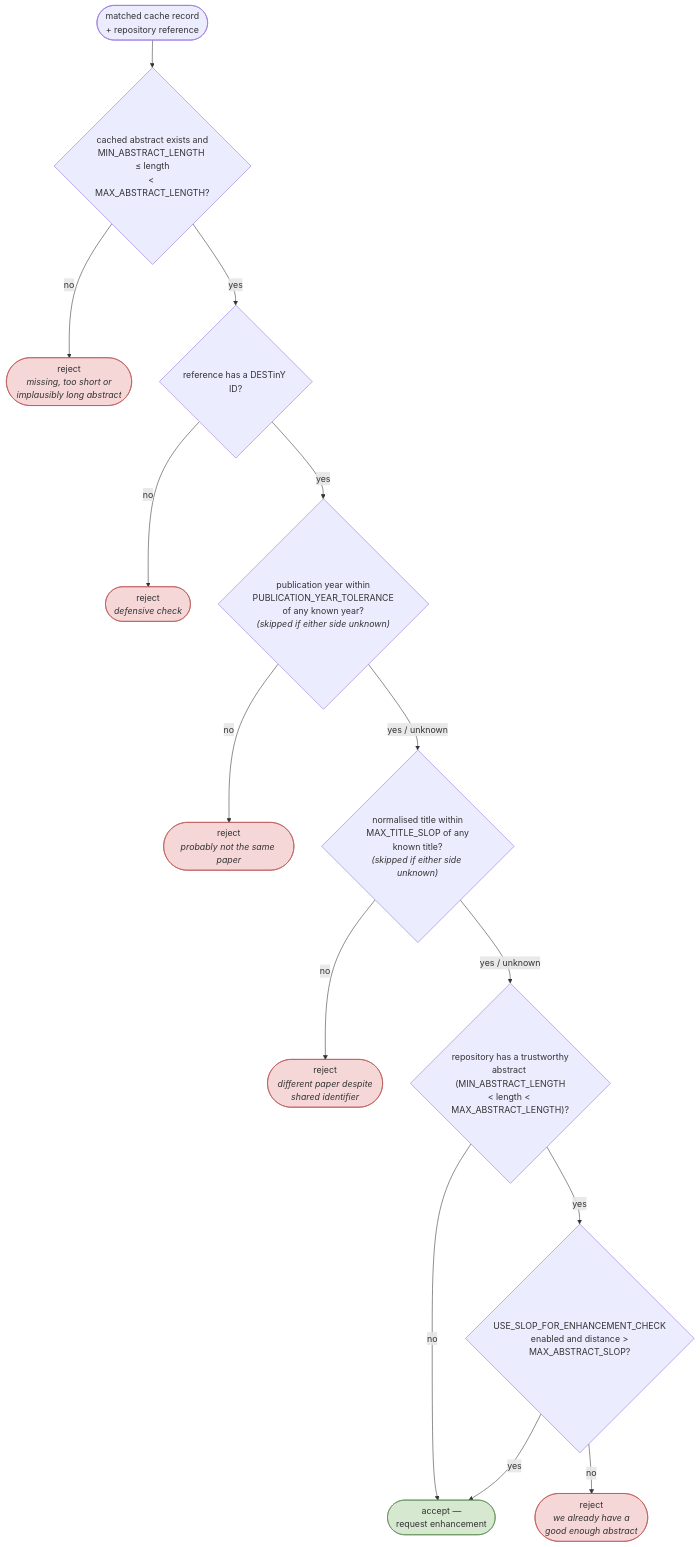
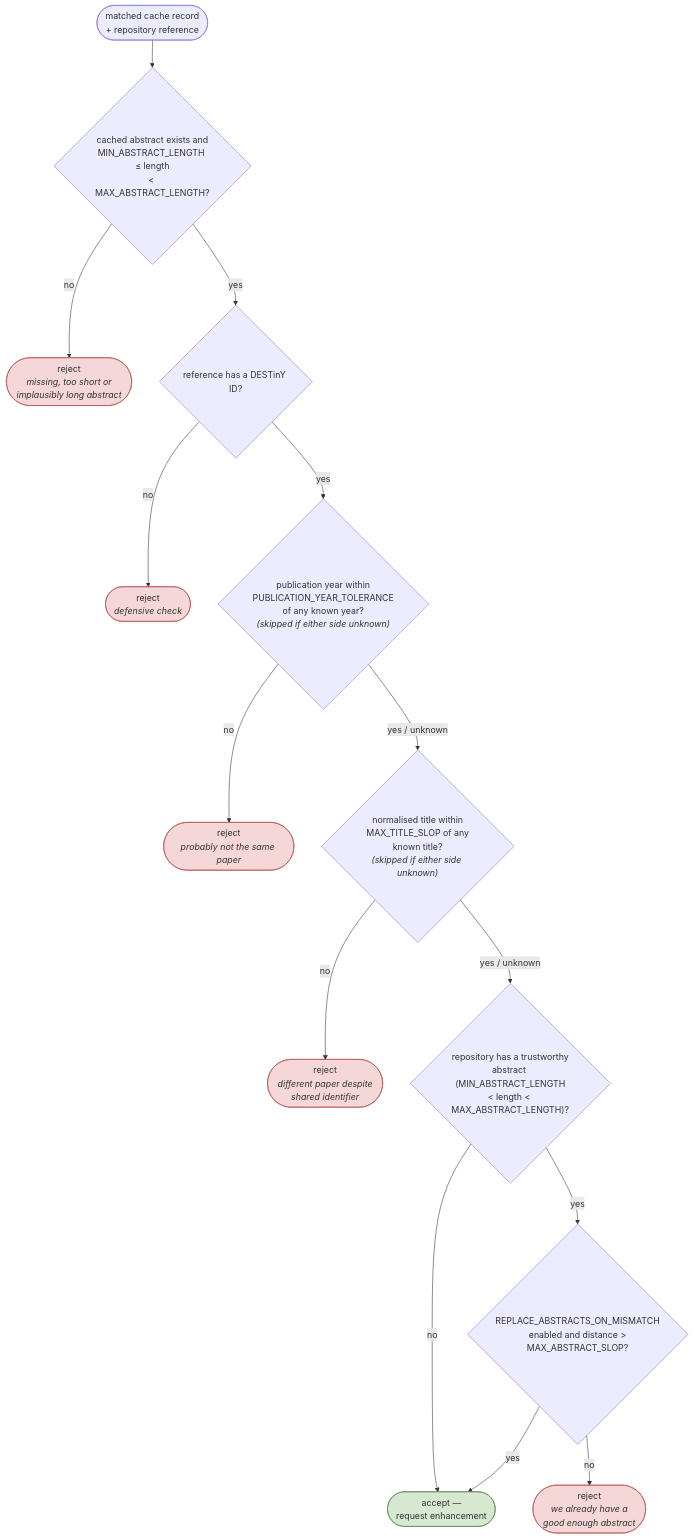
Before and after one commit to destiny-evidence/bulk-abstract-ingest-robot: the diagram in docs/docs/matching.md, drawn with Mermaid. The commit also changed other lines of this file and 4 other files, not shown here.

````diff
--- a/docs/docs/matching.md
+++ b/docs/docs/matching.md
@@ -22,23 +22,23 @@
 ```mermaid
 flowchart TD
     START(["matched cache record<br/>+ repository reference"]) --> A{"cached abstract exists and<br/>MIN_ABSTRACT_LENGTH ≤ length<br/>&lt; MAX_ABSTRACT_LENGTH?"}
     A -- "no" --> REJ1(["reject<br/><i>missing, too short or<br/>implausibly long abstract</i>"])
     A -- yes --> B{"reference has a DESTinY ID?"}
     B -- "no" --> REJ2(["reject<br/><i>defensive check</i>"])
     B -- yes --> C{"publication year within<br/>PUBLICATION_YEAR_TOLERANCE<br/>of any known year?<br/><i>(skipped if either side unknown)</i>"}
     C -- "no" --> REJ3(["reject<br/><i>probably not the same paper</i>"])
     C -- "yes / unknown" --> D{"normalised title within<br/>MAX_TITLE_SLOP of any<br/>known title?<br/><i>(skipped if either side unknown)</i>"}
     D -- "no" --> REJ4(["reject<br/><i>different paper despite<br/>shared identifier</i>"])
     D -- "yes / unknown" --> E{"repository has a trustworthy<br/>abstract (MIN_ABSTRACT_LENGTH<br/>&lt; length &lt; MAX_ABSTRACT_LENGTH)?"}
     E -- "no" --> OK(["accept —<br/>request enhancement"])
-    E -- yes --> F{"USE_SLOP_FOR_ENHANCEMENT_CHECK<br/>enabled and distance &gt;<br/>MAX_ABSTRACT_SLOP?"}
+    E -- yes --> F{"REPLACE_ABSTRACTS_ON_MISMATCH<br/>enabled and distance &gt;<br/>MAX_ABSTRACT_SLOP?"}
     F -- yes --> OK
     F -- "no" --> REJ5(["reject<br/><i>we already have a<br/>good enough abstract</i>"])
 
     style REJ1 fill:#f6d7d7,stroke:#b85450
     style REJ2 fill:#f6d7d7,stroke:#b85450
     style REJ3 fill:#f6d7d7,stroke:#b85450
     style REJ4 fill:#f6d7d7,stroke:#b85450
     style REJ5 fill:#f6d7d7,stroke:#b85450
     style OK fill:#d7e8d0,stroke:#5a8a52
 ```
````
